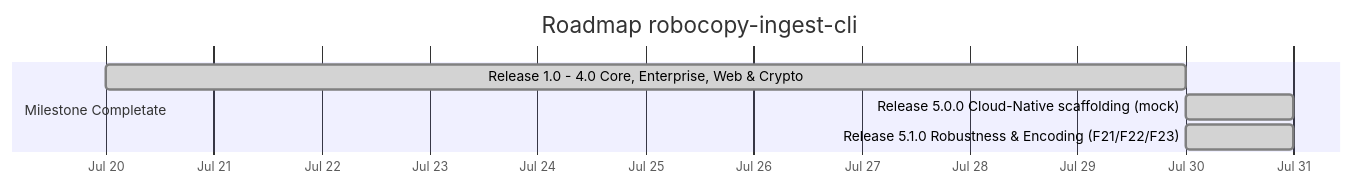
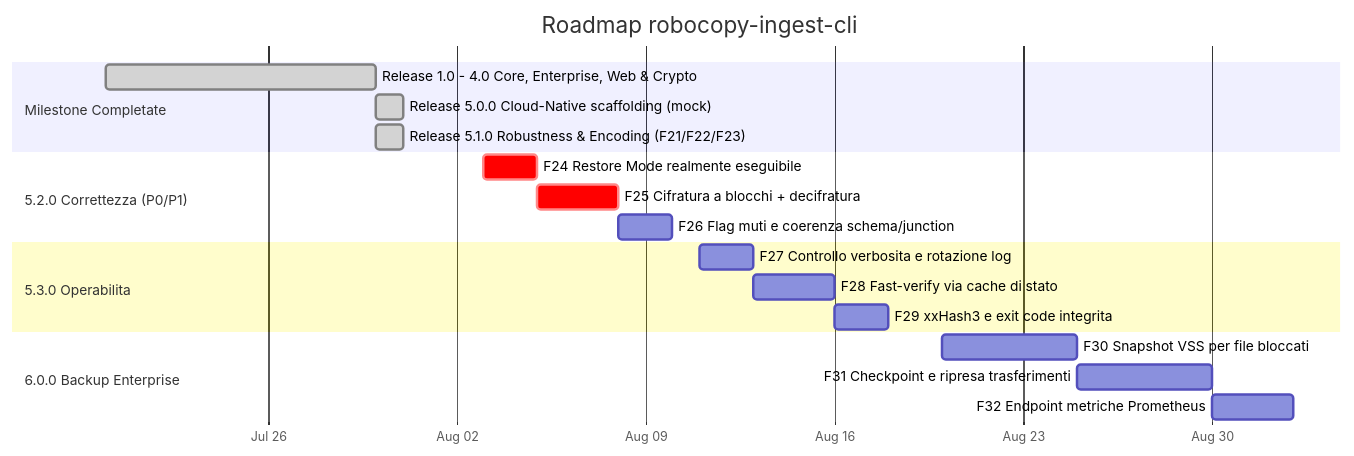
The diagram in ROADMAP.md (matrixNeo76/rustcopy), drawn with Mermaid before and after one commit. The commit also changed other lines of this file and 5 other files, not shown here.

````diff
--- a/ROADMAP.md
+++ b/ROADMAP.md
@@ -9,11 +10,26 @@
 ```mermaid
 gantt
     title Roadmap robocopy-ingest-cli
     dateFormat YYYY-MM-DD
     axisFormat %b %d
 
     section Milestone Completate
     Release 1.0 - 4.0 Core, Enterprise, Web & Crypto :done, m1, 2026-07-20, 10d
     Release 5.0.0 Cloud-Native scaffolding (mock)     :done, m2, 2026-07-30, 1d
     Release 5.1.0 Robustness & Encoding (F21/F22/F23) :done, m3, 2026-07-30, 1d
+
+    section 5.2.0 Correttezza (P0/P1)
+    F24 Restore Mode realmente eseguibile             :crit, f24, 2026-08-03, 2d
+    F25 Cifratura a blocchi + decifratura             :crit, f25, 2026-08-05, 3d
+    F26 Flag muti e coerenza schema/junction          :f26, 2026-08-08, 2d
+
+    section 5.3.0 Operabilita
+    F27 Controllo verbosita e rotazione log           :f27, 2026-08-11, 2d
+    F28 Fast-verify via cache di stato                :f28, 2026-08-13, 3d
+    F29 xxHash3 e exit code integrita                 :f29, 2026-08-16, 2d
+
+    section 6.0.0 Backup Enterprise
+    F30 Snapshot VSS per file bloccati                :f30, 2026-08-20, 5d
+    F31 Checkpoint e ripresa trasferimenti            :f31, 2026-08-25, 5d
+    F32 Endpoint metriche Prometheus                  :f32, 2026-08-30, 3d
 ```
````
